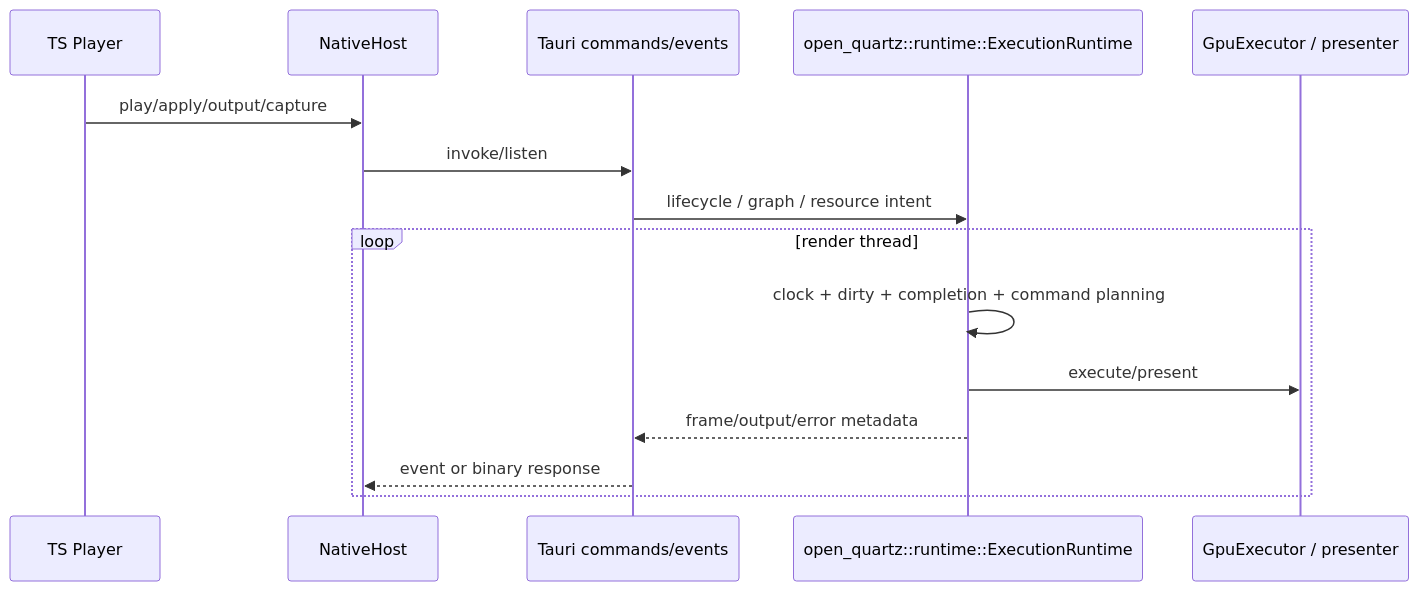
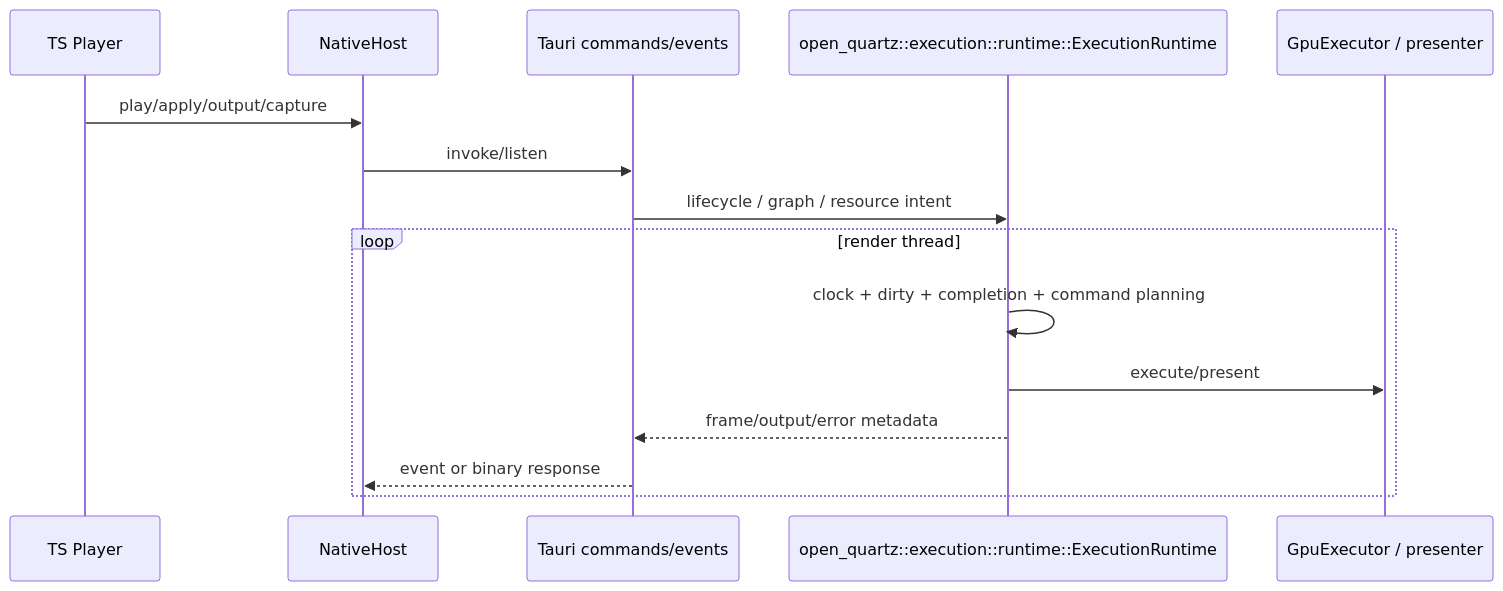
One commit to sanitor/open_quartz changed the ninth of 12 diagrams in docs/DESIGN.md. Above: the diagram before and after it, drawn with Mermaid. The commit also changed other lines of this file and 383 other files, not shown here.

````diff
--- a/docs/DESIGN.md
+++ b/docs/DESIGN.md
@@ -869,18 +862,18 @@
 ```mermaid
 sequenceDiagram
     participant UI as TS Player
     participant Host as NativeHost
     participant Cmd as Tauri commands/events
-    participant Core as open_quartz::runtime::ExecutionRuntime
+    participant Core as open_quartz::execution::runtime::ExecutionRuntime
     participant GPU as GpuExecutor / presenter
 
     UI->>Host: play/apply/output/capture
     Host->>Cmd: invoke/listen
     Cmd->>Core: lifecycle / graph / resource intent
     loop render thread
         Core->>Core: clock + dirty + completion + command planning
         Core->>GPU: execute/present
         Core-->>Cmd: frame/output/error metadata
         Cmd-->>Host: event or binary response
     end
 ```
````
